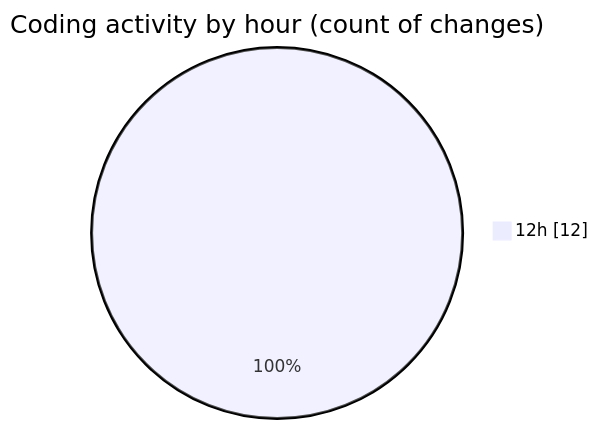
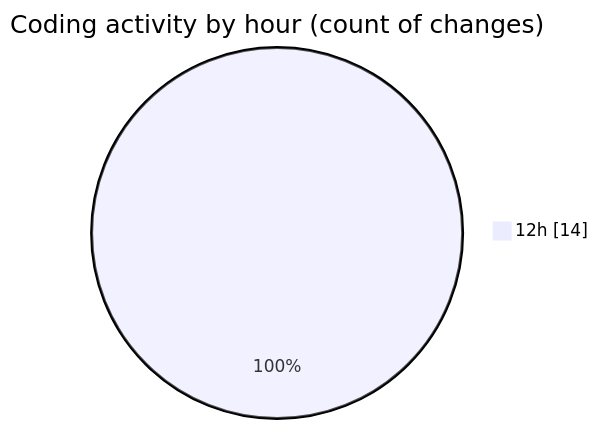
The second of 2 diagrams in 2025-04-11/web/README.md (LanceThiago/code-tracking), drawn with Mermaid before and after one commit. The commit also changed other lines of this file and 1 other file, not shown here.

````diff
--- a/2025-04-11/web/README.md
+++ b/2025-04-11/web/README.md
@@ -30,5 +32,5 @@
 ```mermaid
 pie showData
 title Coding activity by hour (count of changes)
-"12h" : 12
+"12h" : 14
 ```
````
